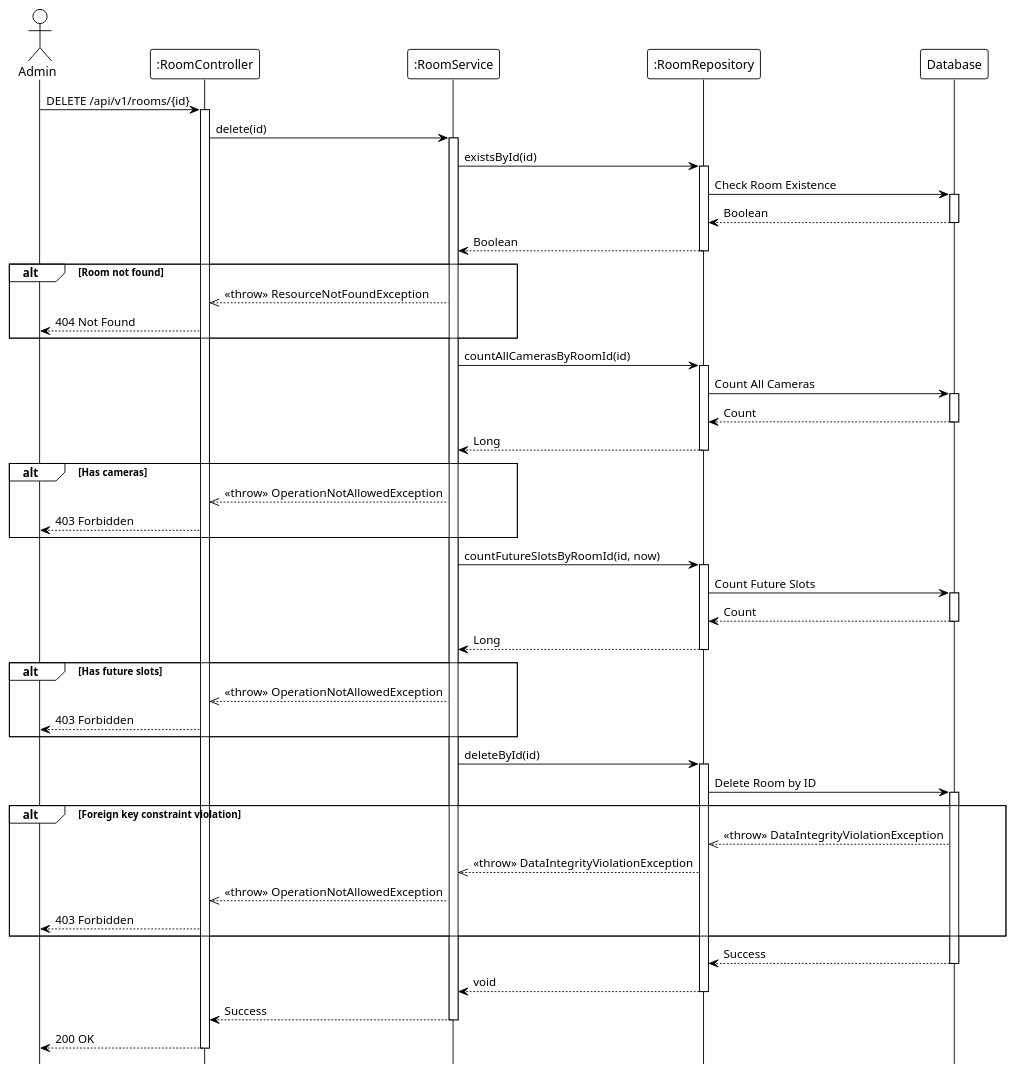
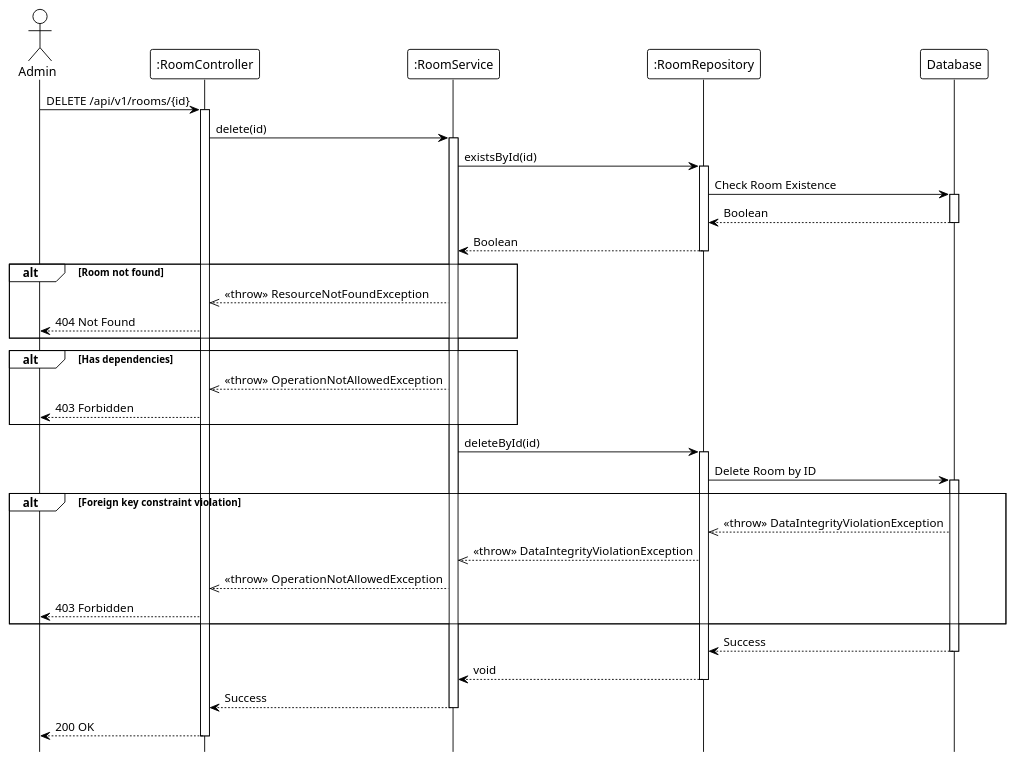
The diagram in system_detailed_design/59_delete_room/sequence_diagram_delete_room.puml (Ndh474/context), drawn with PlantUML before and after one commit. The commit also changed 14 other files, not shown here.

```diff
--- a/system_detailed_design/59_delete_room/sequence_diagram_delete_room.puml
+++ b/system_detailed_design/59_delete_room/sequence_diagram_delete_room.puml
@@ -1,95 +1,66 @@
 @startuml delete_room
 !theme plain
 hide footbox
 
 actor Admin
 participant ":RoomController" as Controller
 participant ":RoomService" as Service
 participant ":RoomRepository" as Repository
 participant "Database" as DB
 
 ' --- MAIN FLOW ---
 Admin -> Controller: DELETE /api/v1/rooms/{id}
 activate Controller
 
 Controller -> Service: delete(id)
 activate Service
 
-' --- CHECK EXISTENCE ---
 Service -> Repository: existsById(id)
 activate Repository
 
 Repository -> DB: Check Room Existence
 activate DB
 DB --> Repository: Boolean
 deactivate DB
 
 Repository --> Service: Boolean
 deactivate Repository
 
 alt Room not found
     Service -->> Controller: <<throw>> ResourceNotFoundException
     Controller --> Admin: 404 Not Found
 end
 
-' --- CHECK CAMERAS ---
-Service -> Repository: countAllCamerasByRoomId(id)
-activate Repository
+' Validation logic (internal: check cameras and future slots)
 
-Repository -> DB: Count All Cameras
-activate DB
-DB --> Repository: Count
-deactivate DB
-
-Repository --> Service: Long
-deactivate Repository
-
-alt Has cameras
+alt Has dependencies
     Service -->> Controller: <<throw>> OperationNotAllowedException
     Controller --> Admin: 403 Forbidden
 end
 
-' --- CHECK FUTURE SLOTS ---
-Service -> Repository: countFutureSlotsByRoomId(id, now)
-activate Repository
-
-Repository -> DB: Count Future Slots
-activate DB
-DB --> Repository: Count
-deactivate DB
-
-Repository --> Service: Long
-deactivate Repository
-
-alt Has future slots
-    Service -->> Controller: <<throw>> OperationNotAllowedException
-    Controller --> Admin: 403 Forbidden
-end
-
-' --- DELETE OPERATION ---
 Service -> Repository: deleteById(id)
 activate Repository
 
 Repository -> DB: Delete Room by ID
 activate DB
 
 alt Foreign key constraint violation
     DB -->> Repository: <<throw>> DataIntegrityViolationException
     Repository -->> Service: <<throw>> DataIntegrityViolationException
     Service -->> Controller: <<throw>> OperationNotAllowedException
     Controller --> Admin: 403 Forbidden
 end
 
 DB --> Repository: Success
 deactivate DB
 
 Repository --> Service: void
 deactivate Repository
 
 Service --> Controller: Success
 deactivate Service
 
 Controller --> Admin: 200 OK
 deactivate Controller
 
 @enduml
```
